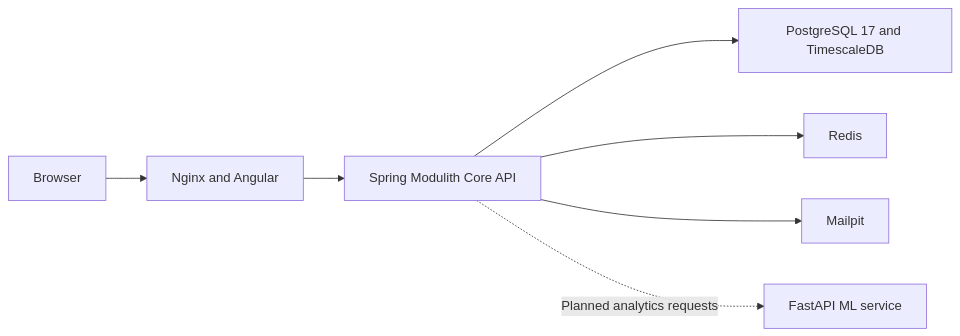
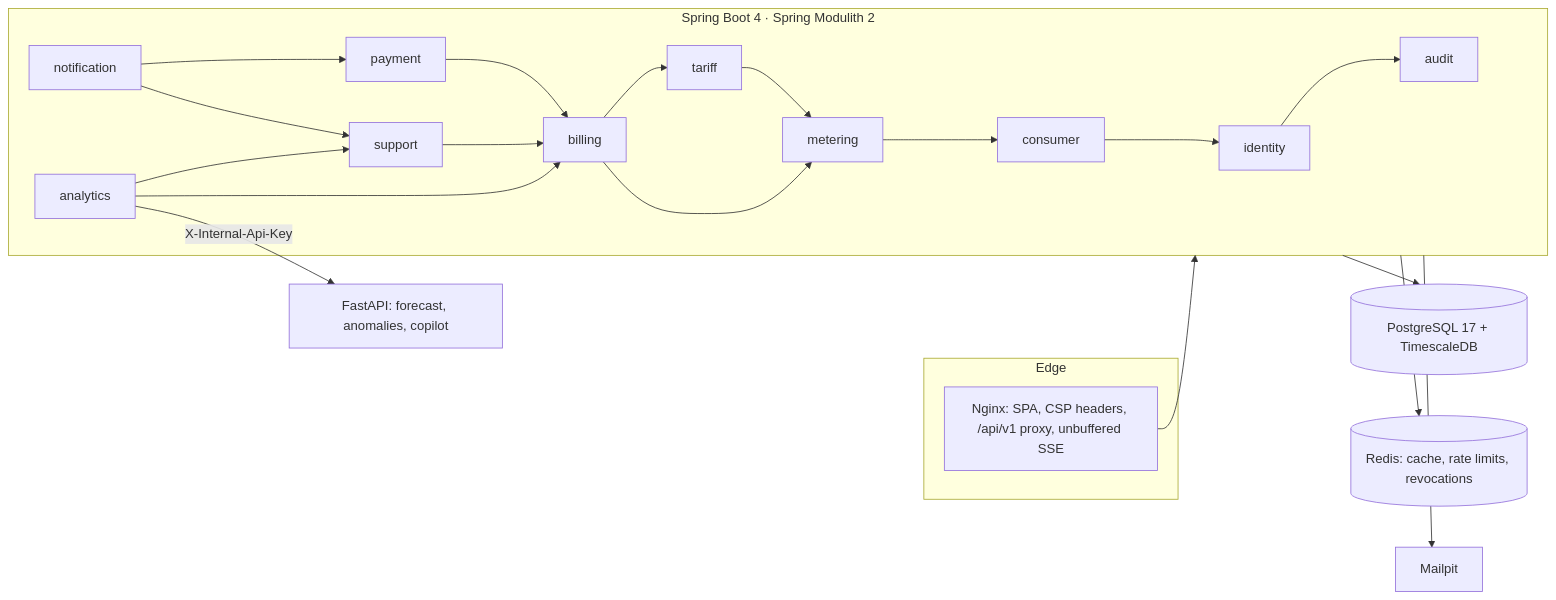
One commit to harshawardhanchitnis/Project-FullStack-SpringBoot-Angular-Electricity-Bill-Management-System-PowerBill changed the diagram in docs/ARCHITECTURE.md. Above: the diagram before and after it, drawn with Mermaid. The commit also changed other lines of this file and 13 other files, not shown here.

````diff
--- a/docs/ARCHITECTURE.md
+++ b/docs/ARCHITECTURE.md
@@ -5,9 +7,25 @@
 ```mermaid
 flowchart LR
-    User[Browser] --> Edge[Nginx and Angular]
-    Edge --> Core[Spring Modulith Core API]
-    Core --> PG[PostgreSQL 17 and TimescaleDB]
-    Core --> Redis
+    subgraph Edge
+        Nginx[Nginx: SPA, CSP headers, /api/v1 proxy, unbuffered SSE]
+    end
+    subgraph Core[Spring Boot 4 · Spring Modulith 2]
+        identity --> audit
+        consumer --> identity
+        metering --> consumer
+        tariff --> metering
+        billing --> tariff
+        billing --> metering
+        payment --> billing
+        support --> billing
+        notification --> payment
+        notification --> support
+        analytics --> billing
+        analytics --> support
+    end
+    Nginx --> Core
+    Core --> PG[(PostgreSQL 17 + TimescaleDB)]
+    Core --> Redis[(Redis: cache, rate limits, revocations)]
     Core --> Mailpit
-    Core -. Planned analytics requests .-> ML[FastAPI ML service]
+    analytics -->|X-Internal-Api-Key| ML[FastAPI: forecast, anomalies, copilot]
 ```
````
